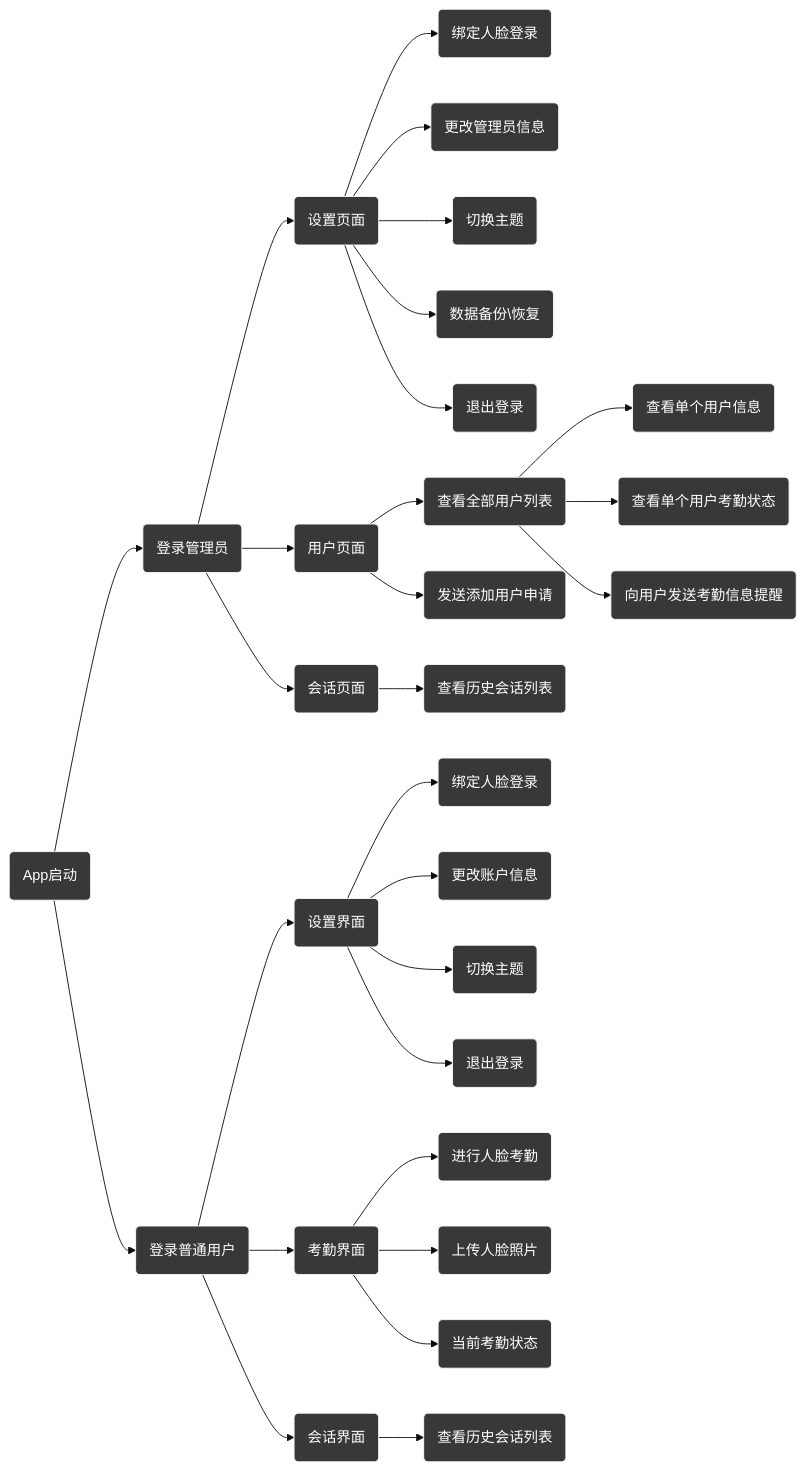
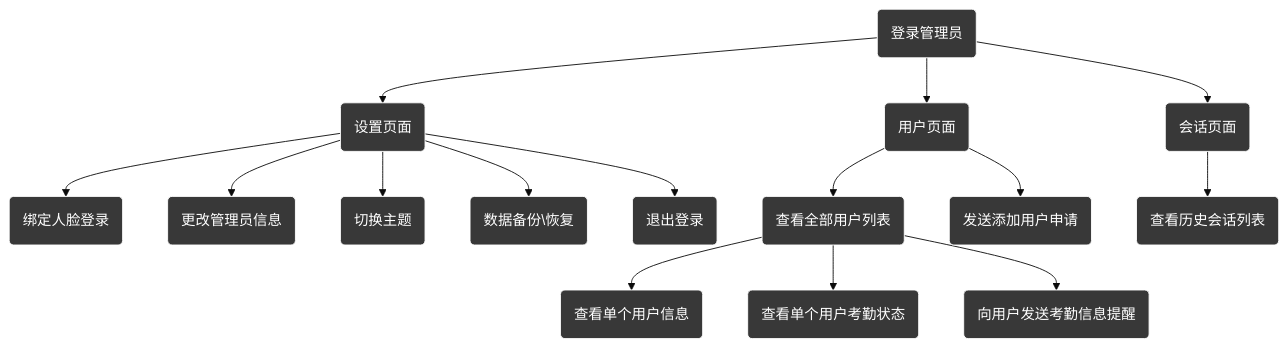
The second of 4 diagrams in README.md (yang-datong/TerLoad-ff_face_detection), drawn with Mermaid before and after one commit. The commit also changed other lines of this file and 1 other file, not shown here.

Commit message:
修复数据导出文件错误

````diff
--- a/README.md
+++ b/README.md
@@ -32,47 +62,26 @@
 ```mermaid
 %%{init: {'theme': 'base','themeVariables': {'primaryBorderColor':'#fff','primaryTextColor': '#fff', 'primaryColor': '#383838'}}}%%
-graph LR
+graph TB
 %%--------------------------------------------------------------------
-0("App启动")
 1("登录管理员") 
 	1-1("设置页面")
 		1-1-1("绑定人脸登录") 
 		1-1-2("更改管理员信息") 
 		1-1-3("切换主题") 
 		1-1-4("数据备份\恢复")
 		1-1-5("退出登录")
 	1-2("用户页面") 
 		1-2-1("查看全部用户列表") 
 			1-2-1-1("查看单个用户信息") 
 			1-2-1-2("查看单个用户考勤状态") 
 			1-2-1-3("向用户发送考勤信息提醒")
 		1-2-2("发送添加用户申请")
 	1-3("会话页面") 
 		1-3-1("查看历史会话列表")
-2("登录普通用户")
-	2-1("设置界面")
-		2-1-1("绑定人脸登录")
-		2-1-2("更改账户信息")
-		2-1-3("切换主题")
-		2-1-4("退出登录")
-	2-2("考勤界面")
-		2-2-1("进行人脸考勤")
-		2-2-2("上传人脸照片")
-		2-2-3("当前考勤状态")
-	2-3("会话界面")
-		2-3-1("查看历史会话列表")
-
-0 --> 1  &  2
-			1 --> 1-1  &  1-2   & 1-3
-						1-1 --> 1-1-1 & 1-1-2 & 1-1-3 & 1-1-4 & 1-1-5
-						1-2 --> 1-2-2
-						1-2 --> 1-2-1 --> 1-2-1-1 & 1-2-1-2 & 1-2-1-3
-						1-3 --> 1-3-1
-			2 --> 2-1 & 2-3 & 2-2
-						2-1 --> 2-1-1 & 2-1-2 & 2-1-3 & 2-1-4
-						2-2 --> 2-2-1 & 2-2-2 & 2-2-3
-						2-3 --> 2-3-1
-
-
+	1 --> 1-1  &  1-2   & 1-3
+				1-1 --> 1-1-1 & 1-1-2 & 1-1-3 & 1-1-4 & 1-1-5
+				1-2 --> 1-2-2
+				1-2 --> 1-2-1 --> 1-2-1-1 & 1-2-1-2 & 1-2-1-3
+				1-3 --> 1-3-1
 %%--------------------------------------------------------------------
 ```
````
